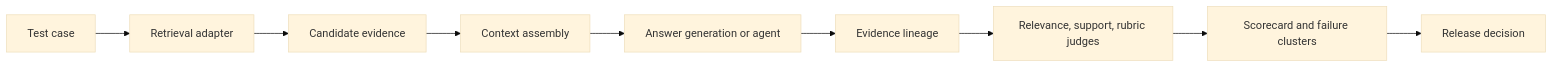
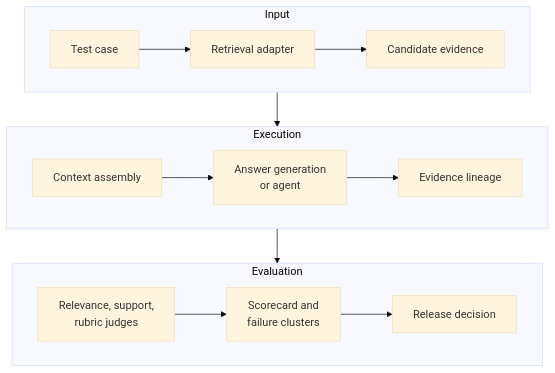
The diagram in src/content/blog/en/85-trec-rag-2026-rag-evaluation-harness.md (poirotw66/poirotw66.github.io), drawn with Mermaid (base theme) before and after one commit. The commit also changed 4 other files, not shown here.

Commit message:
Improve Mermaid diagram responsiveness

````diff
--- a/src/content/blog/en/85-trec-rag-2026-rag-evaluation-harness.md
+++ b/src/content/blog/en/85-trec-rag-2026-rag-evaluation-harness.md
@@ -37,11 +37,20 @@
 ```mermaid
-flowchart LR
-  T["Test case"] --> R["Retrieval adapter"]
-  R --> C["Candidate evidence"]
-  C --> X["Context assembly"]
-  X --> G["Answer generation or agent"]
-  G --> L["Evidence lineage"]
-  L --> J["Relevance, support, rubric judges"]
-  J --> S["Scorecard and failure clusters"]
-  S --> D["Release decision"]
+flowchart TB
+  subgraph INPUT["Input"]
+    direction LR
+    T["Test case"] --> R["Retrieval adapter"]
+    R --> C["Candidate evidence"]
+  end
+  subgraph EXECUTION["Execution"]
+    direction LR
+    X["Context assembly"] --> G["Answer generation<br/>or agent"]
+    G --> L["Evidence lineage"]
+  end
+  subgraph EVALUATION["Evaluation"]
+    direction LR
+    J["Relevance, support,<br/>rubric judges"] --> S["Scorecard and<br/>failure clusters"]
+    S --> D["Release decision"]
+  end
+  INPUT --> EXECUTION
+  EXECUTION --> EVALUATION
 ```
````
